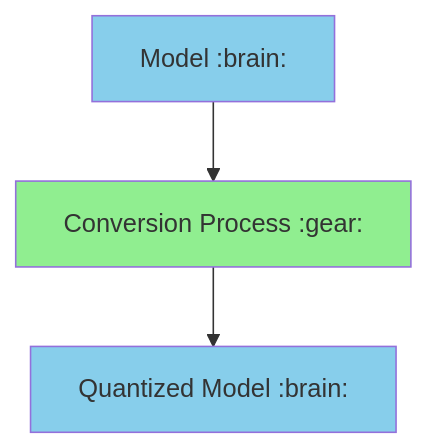
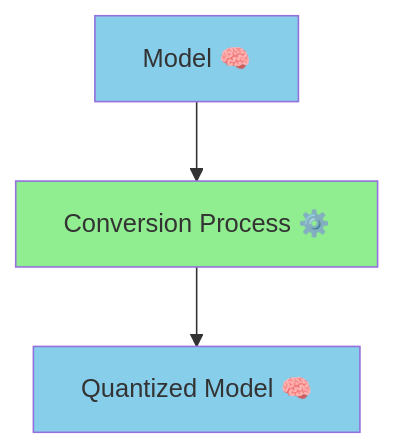
Before and after one commit to gatepoet/LLM-Guide: the first of 4 diagrams in README.md, drawn with Mermaid. The commit also changed other lines of this file, not shown here.

````diff
--- a/README.md
+++ b/README.md
@@ -21,7 +21,7 @@
 ```mermaid
   graph
-  A[Model :brain:]:::blue --> B[Conversion Process :gear:]:::green
-  B --> C[Quantized Model :brain:]:::blue
+  A["Model 🧠"]:::blue --> B["Conversion Process ⚙️"]:::green
+  B --> C["Quantized Model 🧠"]:::blue
 classDef blue fill:skyblue
 classDef green fill:lightgreen
 ```
````
